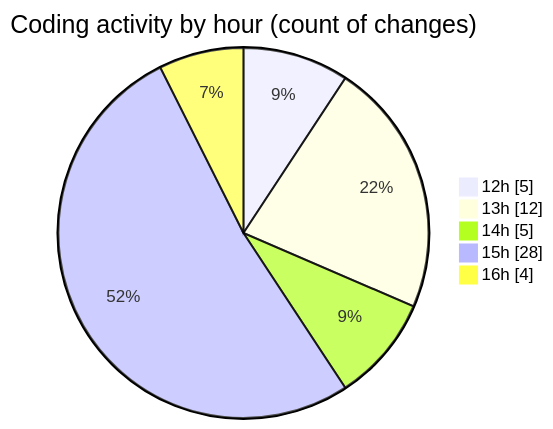
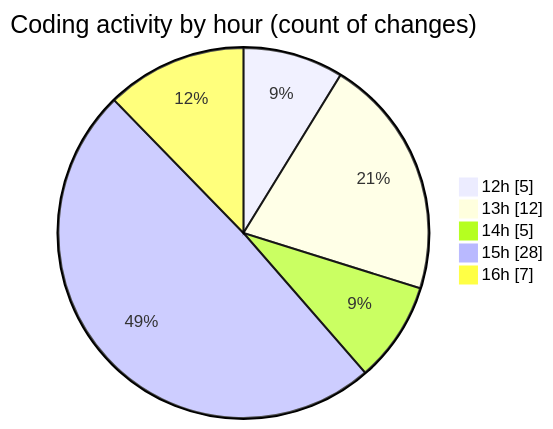
One commit to nxtqubesakshisongat/code-tracking changed the second of 2 diagrams in 2026-04-17/airfeed-analytics-dashboard/README.md. Above: the diagram before and after it, drawn with Mermaid. The commit also changed other lines of this file and 1 other file, not shown here.

````diff
--- a/2026-04-17/airfeed-analytics-dashboard/README.md
+++ b/2026-04-17/airfeed-analytics-dashboard/README.md
@@ -38,9 +38,9 @@
 ```mermaid
 pie showData
 title Coding activity by hour (count of changes)
 "12h" : 5
 "13h" : 12
 "14h" : 5
 "15h" : 28
-"16h" : 4
+"16h" : 7
 ```
````
